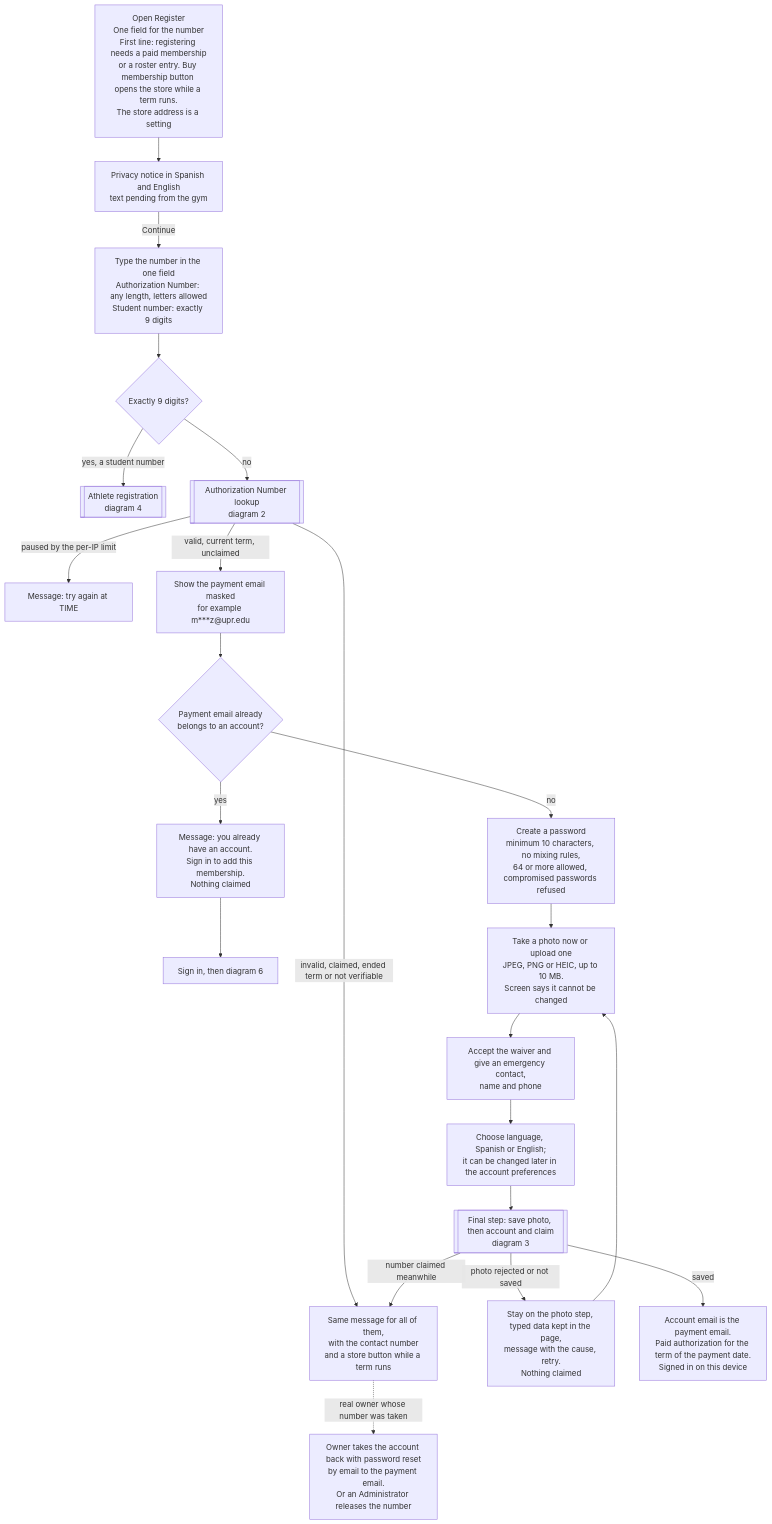
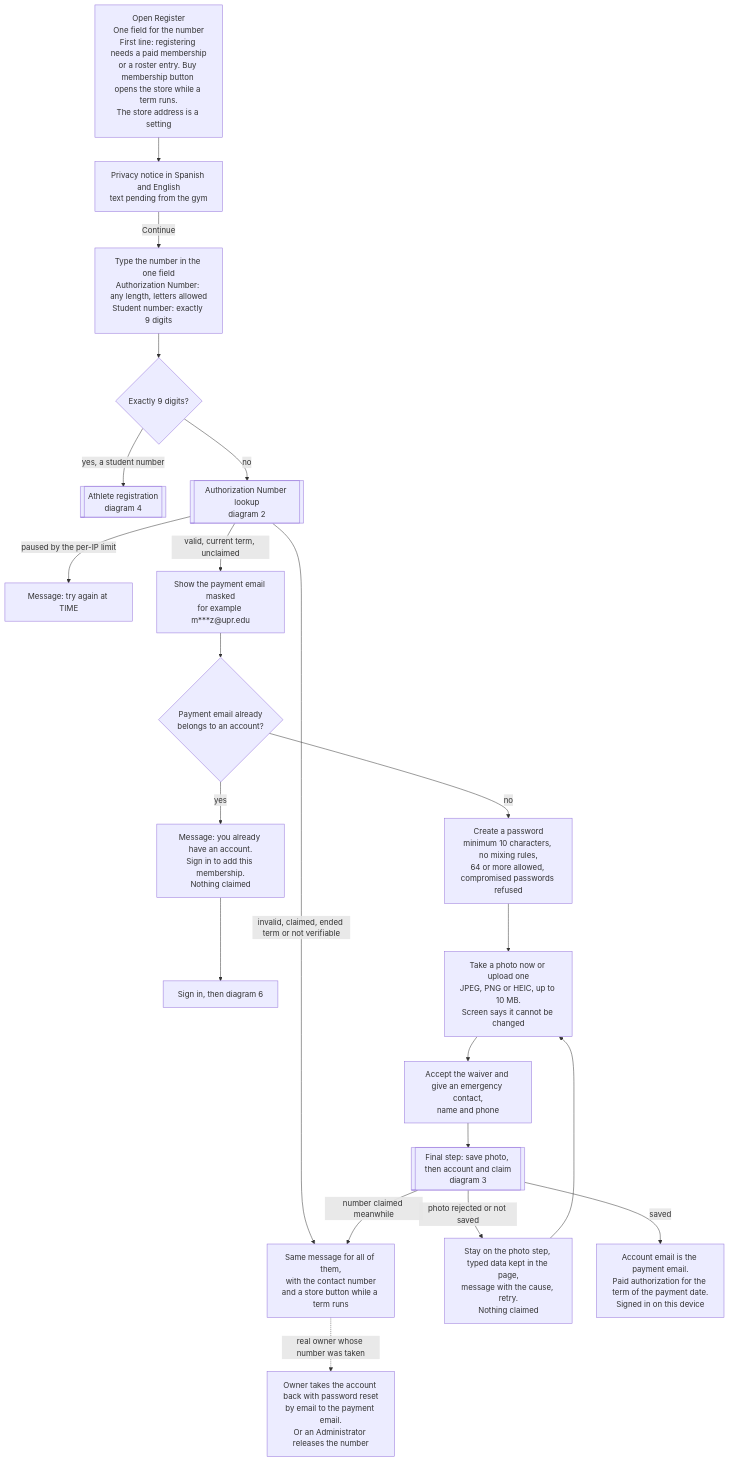
The first of 8 diagrams in docs/design/registration-flows.md (Th3-Minorities/natatorio-gym-app), drawn with Mermaid before and after one commit. The commit also changed other lines of this file and 3 other files, not shown here.

````diff
--- a/docs/design/registration-flows.md
+++ b/docs/design/registration-flows.md
@@ -22,24 +22,23 @@
 ```mermaid
 flowchart TD
   START["Open Register<br/>One field for the number<br/>First line: registering needs a paid membership<br/>or a roster entry. Buy membership button opens the store while a term runs.<br/>The store address is a setting"] --> PN["Privacy notice in Spanish and English<br/>text pending from the gym"]
   PN -->|"Continue"| NUM["Type the number in the one field<br/>Authorization Number: any length, letters allowed<br/>Student number: exactly 9 digits"]
   NUM --> KIND{"Exactly 9 digits?"}
   KIND -->|"yes, a student number"| ATH[["Athlete registration<br/>diagram 4"]]
   KIND -->|"no"| LK[["Authorization Number lookup<br/>diagram 2"]]
   LK -->|"invalid, claimed, ended term or not verifiable"| M1["Same message for all of them,<br/>with the contact number<br/>and a store button while a term runs"]
   LK -->|"paused by the per-IP limit"| M3["Message: try again at TIME"]
   LK -->|"valid, current term, unclaimed"| MASK["Show the payment email masked<br/>for example m***z@upr.edu"]
   MASK --> HAS{"Payment email already<br/>belongs to an account?"}
   HAS -->|"yes"| REN["Message: you already have an account.<br/>Sign in to add this membership.<br/>Nothing claimed"]
   REN --> SI["Sign in, then diagram 6"]
   HAS -->|"no"| PW["Create a password<br/>minimum 10 characters, no mixing rules,<br/>64 or more allowed, compromised passwords refused"]
   PW --> PH["Take a photo now or upload one<br/>JPEG, PNG or HEIC, up to 10 MB.<br/>Screen says it cannot be changed"]
   PH --> WV["Accept the waiver and give an emergency contact,<br/>name and phone"]
-  WV --> LG["Choose language, Spanish or English;<br/>it can be changed later in the account preferences"]
-  LG --> FIN[["Final step: save photo, then account and claim<br/>diagram 3"]]
+  WV --> FIN[["Final step: save photo, then account and claim<br/>diagram 3"]]
   FIN -->|"photo rejected or not saved"| PF["Stay on the photo step, typed data kept in the page,<br/>message with the cause, retry.<br/>Nothing claimed"]
   PF --> PH
   FIN -->|"number claimed meanwhile"| M1
   FIN -->|"saved"| OK["Account email is the payment email.<br/>Paid authorization for the term of the payment date.<br/>Signed in on this device"]
   M1 -.->|"real owner whose number was taken"| RO["Owner takes the account back with password reset<br/>by email to the payment email.<br/>Or an Administrator releases the number"]
 ```
````
